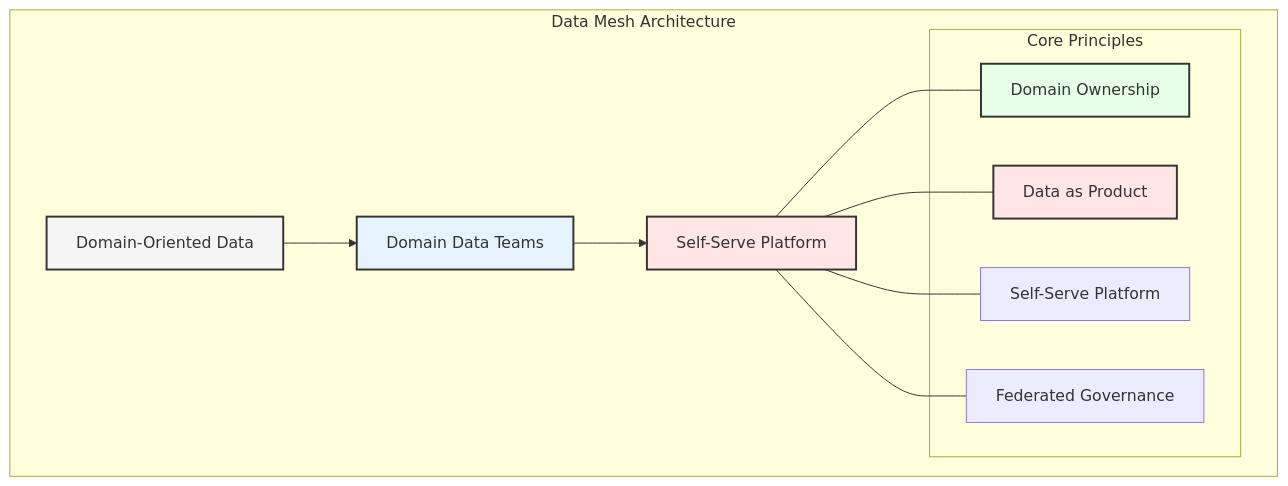
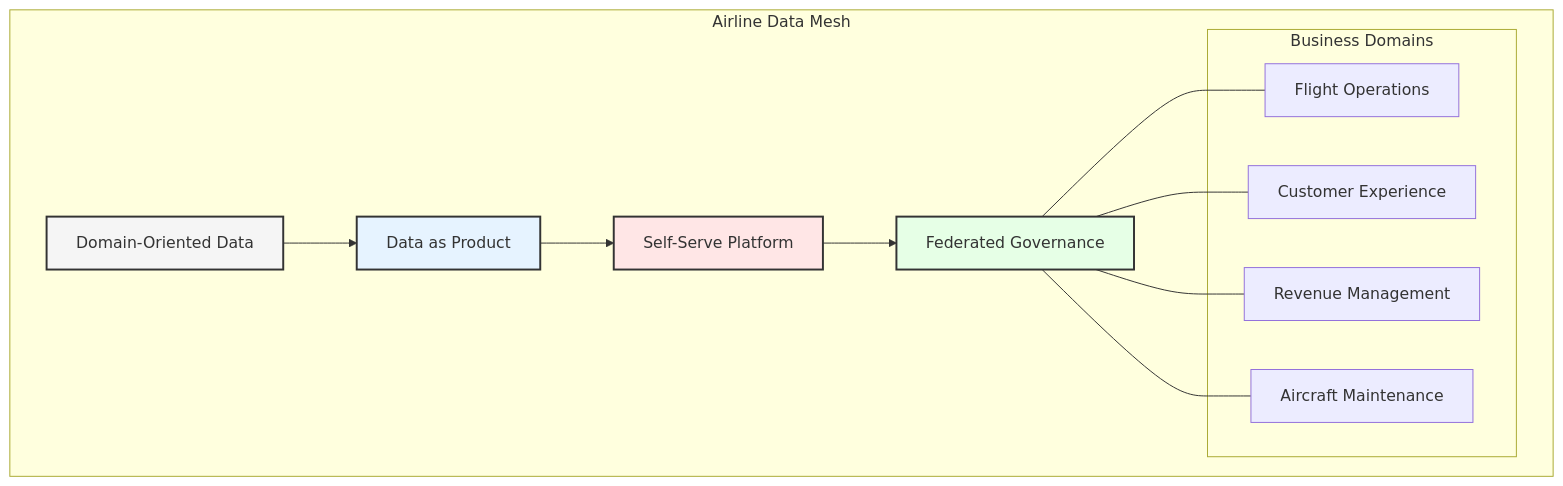
The first of 6 diagrams in enterprise_data_architecture/chapters/03_data_mesh.md (data-octo/agentic_ai_research), drawn with Mermaid before and after one commit. The commit also changed other lines of this file and 11 other files, not shown here.

````diff
--- a/enterprise_data_architecture/chapters/03_data_mesh.md
+++ b/enterprise_data_architecture/chapters/03_data_mesh.md
@@ -7,25 +7,25 @@
 ```mermaid
 graph TB
-    subgraph "Data Mesh Architecture"
-        A[Domain-Oriented Data] --> B[Domain Data Teams]
+    subgraph "Airline Data Mesh"
+        A[Domain-Oriented Data] --> B[Data as Product]
         B --> C[Self-Serve Platform]
+        C --> D[Federated Governance]
         
-        subgraph "Core Principles"
-            D[Domain Ownership]
-            E[Data as Product]
-            F[Self-Serve Platform]
-            G[Federated Governance]
+        subgraph "Business Domains"
+            E[Flight Operations]
+            F[Customer Experience]
+            G[Revenue Management]
+            H[Aircraft Maintenance]
         end
         
-        C --- D
-        C --- E
-        C --- F
-        C --- G
+        D --- E
+        D --- F
+        D --- G
+        D --- H
     end
     
     style A fill:#f5f5f5,stroke:#333,stroke-width:2px
     style B fill:#e6f3ff,stroke:#333,stroke-width:2px
     style C fill:#ffe6e6,stroke:#333,stroke-width:2px
     style D fill:#e6ffe6,stroke:#333,stroke-width:2px
-    style E fill:#ffe6e6,stroke:#333,stroke-width:2px
 ```
````
